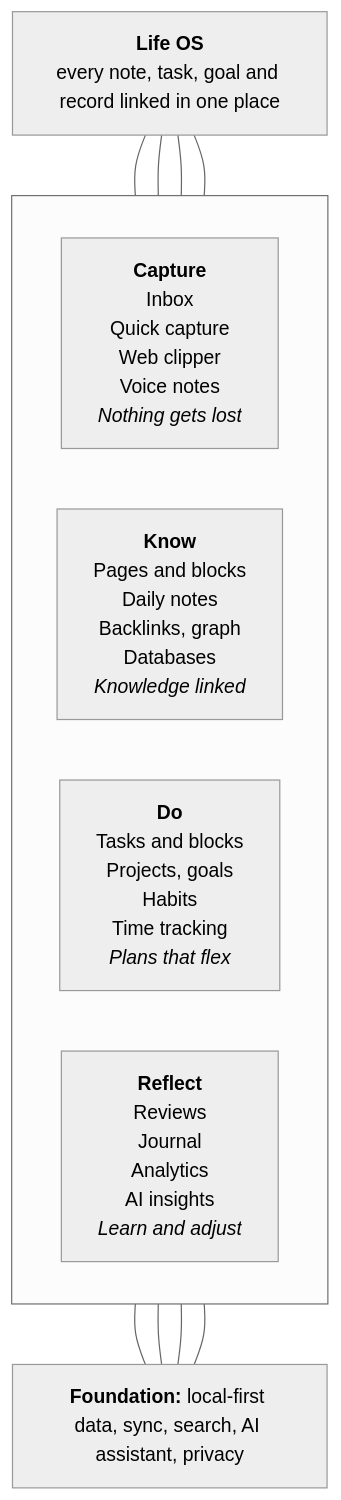
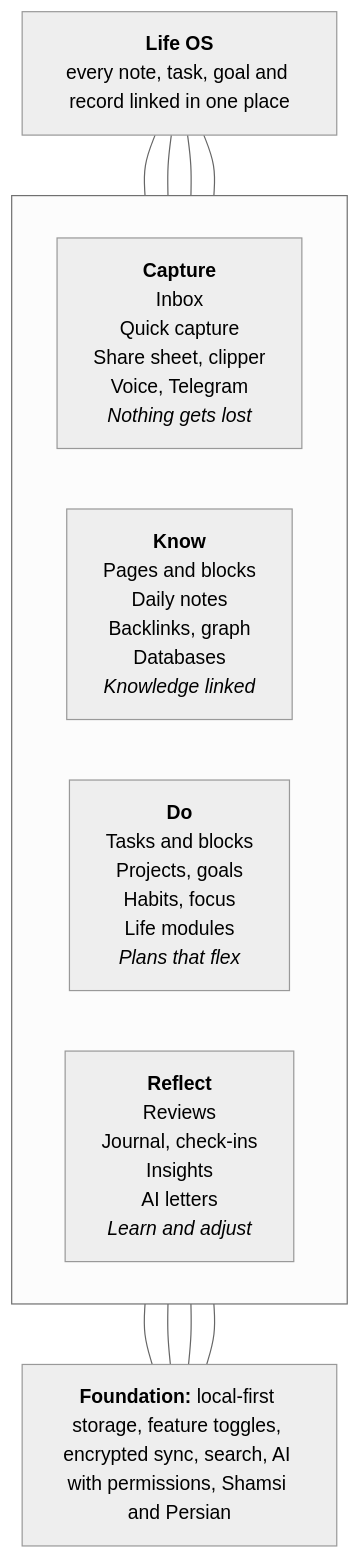
The first of 2 diagrams in docs/ROADMAP.md (Mapl6/personal-os), drawn with Mermaid (neutral theme) before and after one commit. The commit also changed other lines of this file and 50 other files, not shown here.

Commit message:
feat:update docs,roadmap,featurelist and more

````diff
--- a/docs/ROADMAP.md
+++ b/docs/ROADMAP.md
@@ -11,14 +11,14 @@
 ```mermaid
 flowchart TB
   goal["<b>Life OS</b><br/>every note, task, goal and record linked in one place"]
   subgraph pillars[" "]
     direction LR
-    capture["<b>Capture</b><br/>Inbox<br/>Quick capture<br/>Web clipper<br/>Voice notes<br/><i>Nothing gets lost</i>"]
+    capture["<b>Capture</b><br/>Inbox<br/>Quick capture<br/>Share sheet, clipper<br/>Voice, Telegram<br/><i>Nothing gets lost</i>"]
     know["<b>Know</b><br/>Pages and blocks<br/>Daily notes<br/>Backlinks, graph<br/>Databases<br/><i>Knowledge linked</i>"]
-    doing["<b>Do</b><br/>Tasks and blocks<br/>Projects, goals<br/>Habits<br/>Time tracking<br/><i>Plans that flex</i>"]
-    reflect["<b>Reflect</b><br/>Reviews<br/>Journal<br/>Analytics<br/>AI insights<br/><i>Learn and adjust</i>"]
+    doing["<b>Do</b><br/>Tasks and blocks<br/>Projects, goals<br/>Habits, focus<br/>Life modules<br/><i>Plans that flex</i>"]
+    reflect["<b>Reflect</b><br/>Reviews<br/>Journal, check-ins<br/>Insights<br/>AI letters<br/><i>Learn and adjust</i>"]
   end
-  foundation["<b>Foundation:</b> local-first data, sync, search, AI assistant, privacy"]
+  foundation["<b>Foundation:</b> local-first storage, feature toggles, encrypted sync, search, AI with permissions, Shamsi and Persian"]
   goal --- capture & know & doing & reflect
   capture & know & doing & reflect --- foundation
 ```
````
